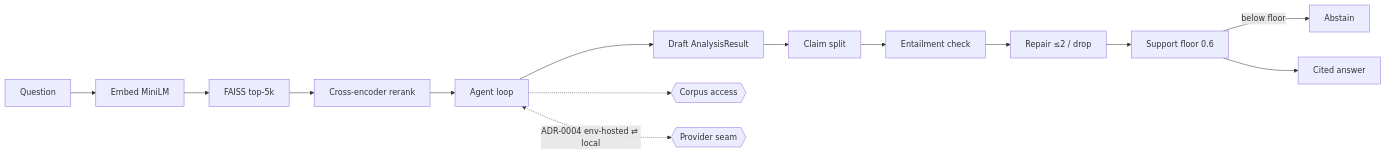
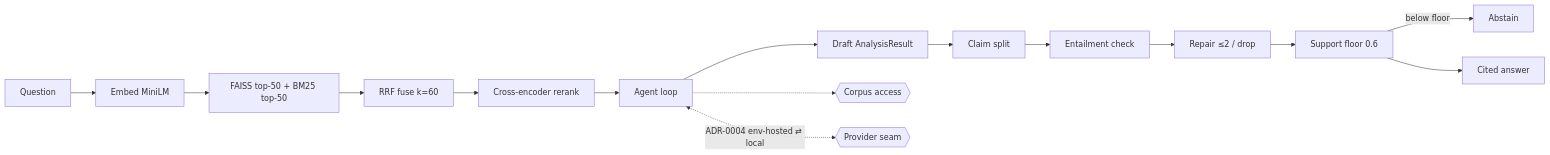
The diagram in docs/projects/01-rag-agent.md (amm-ds/portfolio), drawn with Mermaid before and after one commit. The commit also changed other lines of this file and 20 other files, not shown here.

````diff
--- a/docs/projects/01-rag-agent.md
+++ b/docs/projects/01-rag-agent.md
@@ -31,16 +29,17 @@
 ```mermaid
 flowchart LR
     Q[Question] --> E[Embed MiniLM]
-    E --> F[FAISS top-5k]
-    F --> X[Cross-encoder rerank]
+    E --> F[FAISS top-50 + BM25 top-50]
+    F --> R[RRF fuse k=60]
+    R --> X[Cross-encoder rerank]
     X --> A[Agent loop]
     A --> D[Draft AnalysisResult]
     D --> S[Claim split]
     S --> N[Entailment check]
     N --> P[Repair ≤2 / drop]
     P --> O[Support floor 0.6]
     O -->|below floor| B[Abstain]
     O --> C[Cited answer]
     A -.-> T{{Corpus access}}
     A <-.->|ADR-0004 env-hosted ⇄ local| L{{Provider seam}}
 ```
````
